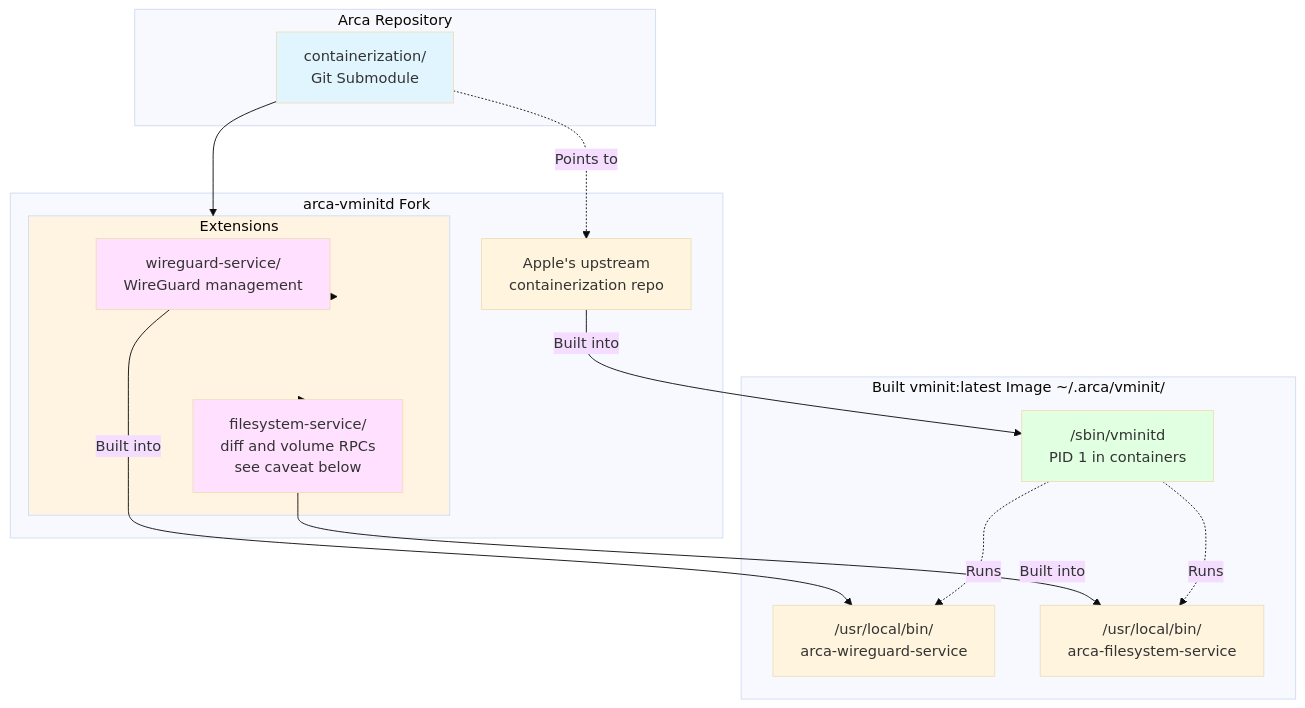
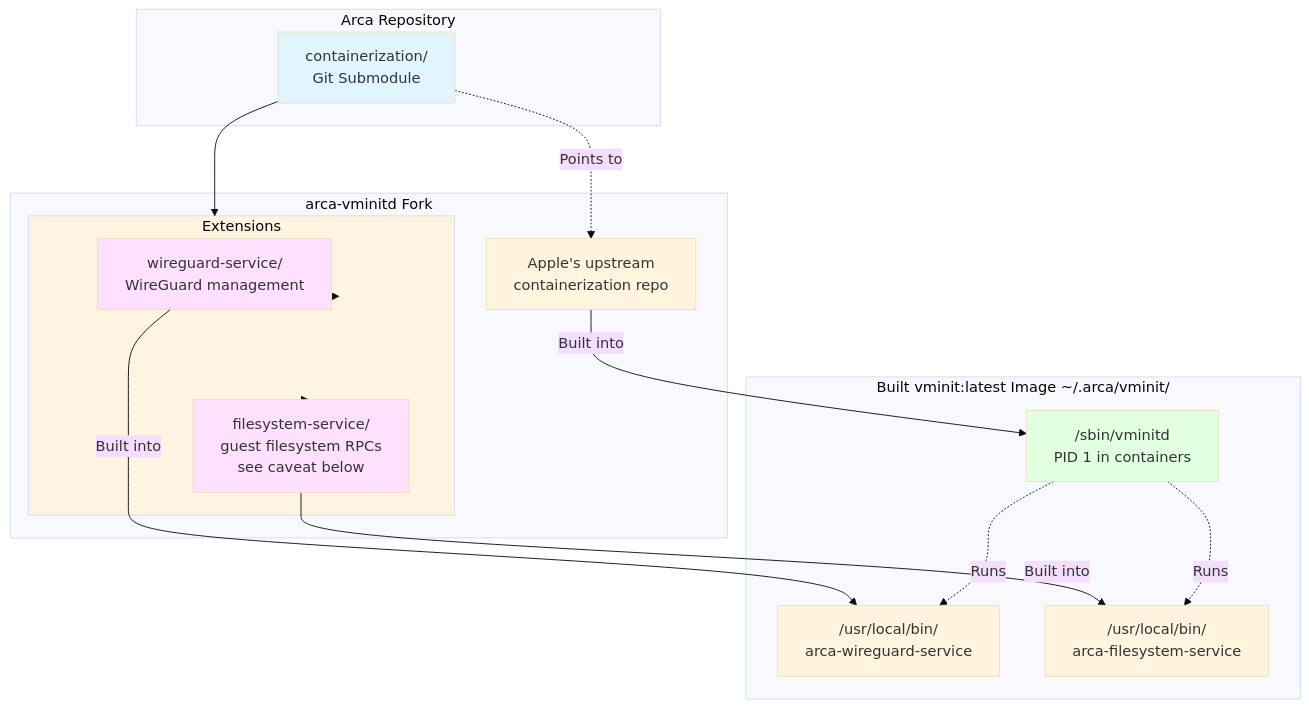
One commit to Liquescent-Development/arca changed diagram 12 of 15 in Documentation/ARCHITECTURE.md. Above: the diagram before and after it, drawn with Mermaid (base theme). The commit also changed other lines of this file and 4 other files, not shown here.

````diff
--- a/Documentation/ARCHITECTURE.md
+++ b/Documentation/ARCHITECTURE.md
@@ -522,41 +526,41 @@
 ```mermaid
 graph TB
     subgraph "Arca Repository"
         Submodule[containerization/<br/>Git Submodule]
     end
 
     subgraph "arca-vminitd Fork"
         Upstream[Apple's upstream<br/>containerization repo]
         Extensions[vminitd/extensions/<br/>Arca-specific code]
 
         subgraph "Extensions"
             WG[wireguard-service/<br/>WireGuard management]
-            FS[filesystem-service/<br/>diff and volume RPCs<br/>see caveat below]
+            FS[filesystem-service/<br/>guest filesystem RPCs<br/>see caveat below]
         end
     end
 
     subgraph "Built vminit:latest Image ~/.arca/vminit/"
         Binary["/sbin/vminitd<br/>PID 1 in containers"]
         WGBin["/usr/local/bin/<br/>arca-wireguard-service"]
         FSBin["/usr/local/bin/<br/>arca-filesystem-service"]
     end
 
     Submodule -.->|Points to| Upstream
     Submodule --> Extensions
 
     Extensions --> WG
     Extensions --> FS
 
     WG -->|Built into| WGBin
     FS -->|Built into| FSBin
     Upstream -->|Built into| Binary
 
     Binary -.->|Runs| WGBin
     Binary -.->|Runs| FSBin
 
     style Submodule fill:#e1f5ff
     style Extensions fill:#fff4e1
     style WG fill:#ffe1ff
     style FS fill:#ffe1ff
     style Binary fill:#e1ffe1
 ```
````
